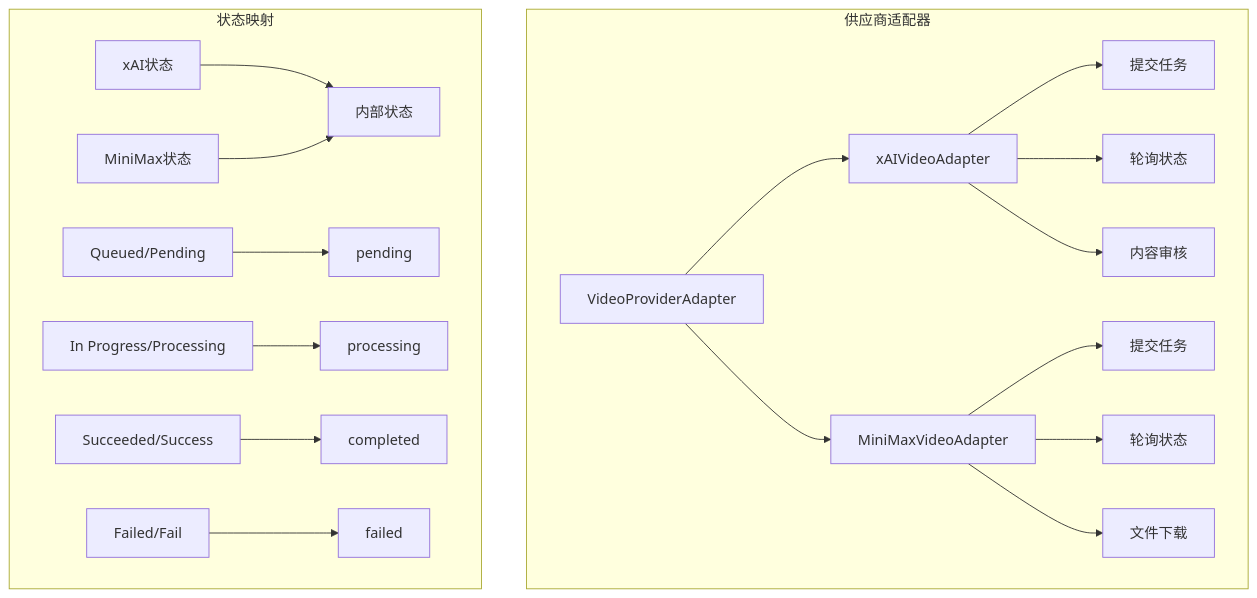
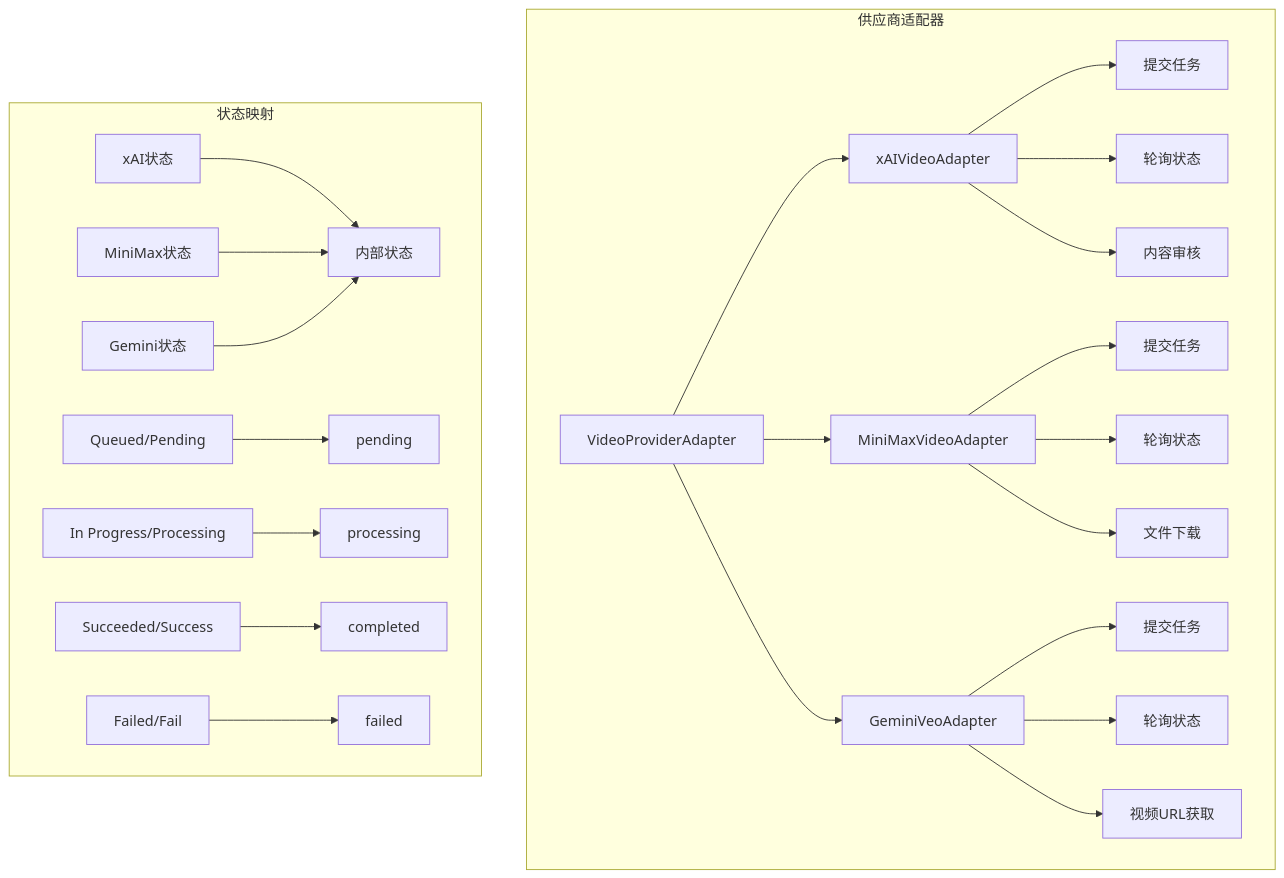
Before and after one commit to KunLabAI/KunFlix: the fourth of 12 diagrams in .qoder/repowiki/zh/content/API接口文档/视频生成API文档.md, drawn with Mermaid. The commit also changed other lines of this file and 11 other files, not shown here.

````diff
--- a/.qoder/repowiki/zh/content/API接口文档/视频生成API文档.md
+++ b/.qoder/repowiki/zh/content/API接口文档/视频生成API文档.md
@@ -270,21 +285,26 @@
 ```mermaid
 graph TB
 subgraph "供应商适配器"
 A[VideoProviderAdapter] --> B[xAIVideoAdapter]
 A --> C[MiniMaxVideoAdapter]
-B --> D[提交任务]
-B --> E[轮询状态]
-B --> F[内容审核]
-C --> G[提交任务]
-C --> H[轮询状态]
-C --> I[文件下载]
+A --> D[GeminiVeoAdapter]
+B --> E[提交任务]
+B --> F[轮询状态]
+B --> G[内容审核]
+C --> H[提交任务]
+C --> I[轮询状态]
+C --> J[文件下载]
+D --> K[提交任务]
+D --> L[轮询状态]
+D --> M[视频URL获取]
 end
 subgraph "状态映射"
-J[xAI状态] --> K[内部状态]
-L[MiniMax状态] --> K
-M[Queued/Pending] --> N[pending]
-O[In Progress/Processing] --> P[processing]
-Q[Succeeded/Success] --> R[completed]
-S[Failed/Fail] --> T[failed]
+N[xAI状态] --> O[内部状态]
+P[MiniMax状态] --> O
+Q[Gemini状态] --> O
+R[Queued/Pending] --> S[pending]
+T[In Progress/Processing] --> U[processing]
+V[Succeeded/Success] --> W[completed]
+X[Failed/Fail] --> Y[failed]
 end
 ```
````
